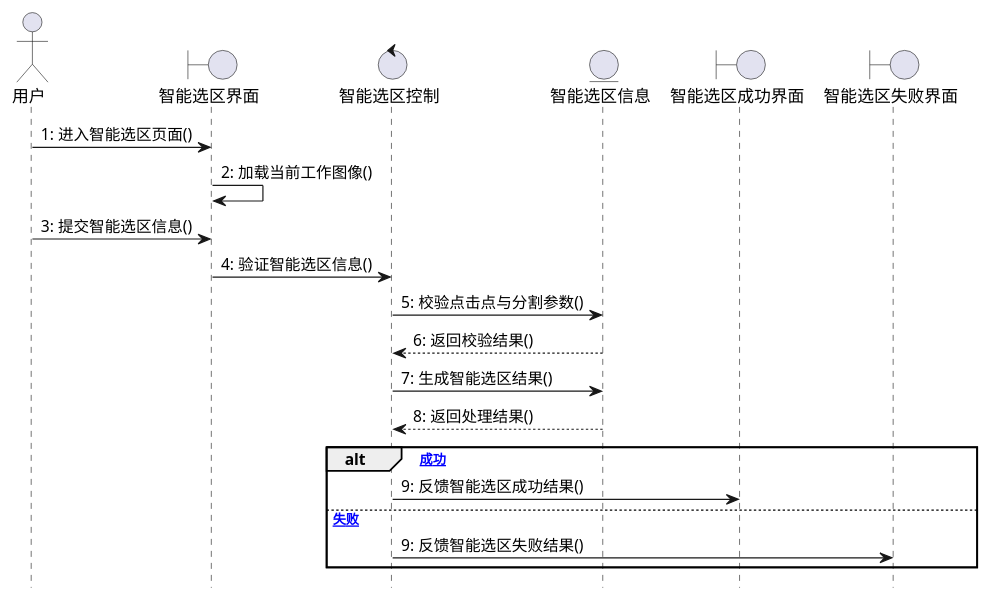
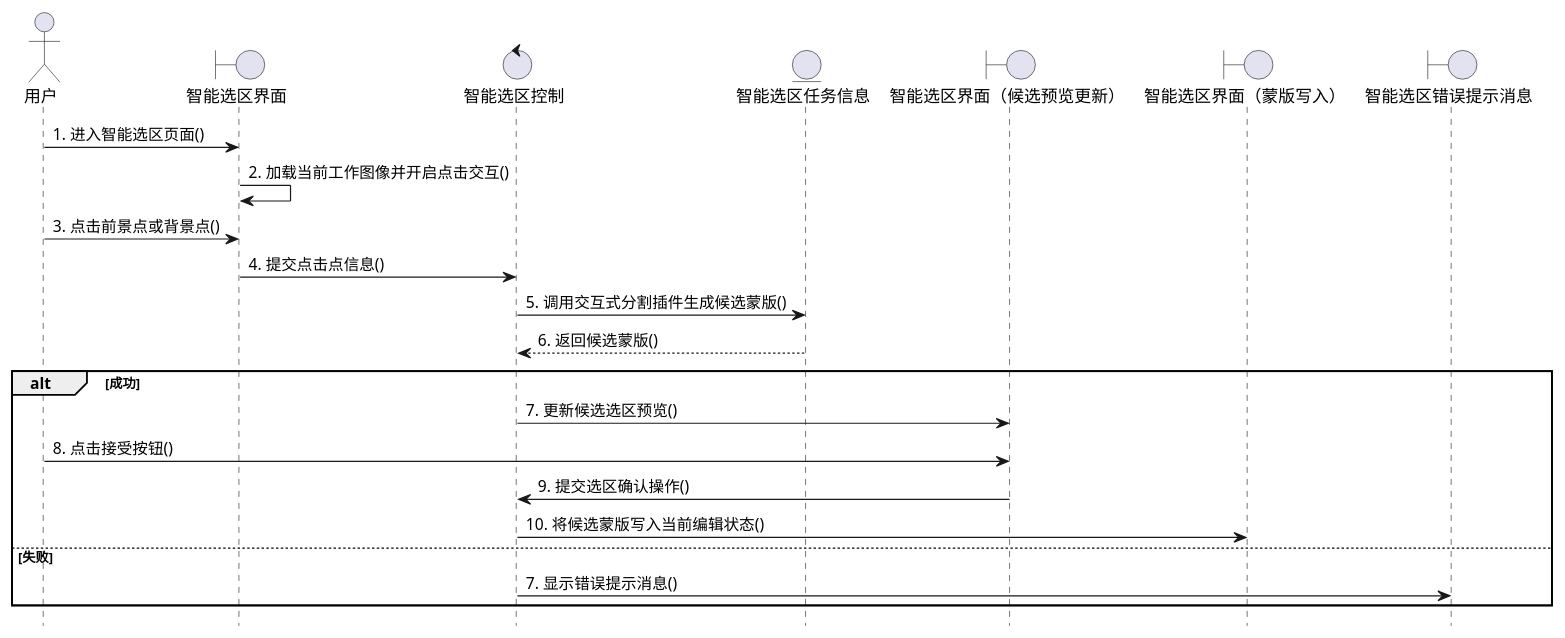
Before and after one commit to LyferLu/Artie: the tenth of 16 diagrams in doc/paper.md, drawn with PlantUML. The commit also changed other lines of this file, not shown here.

````diff
--- a/doc/paper.md
+++ b/doc/paper.md
@@ -936,25 +957,27 @@
 ```plantuml
 @startuml
 hide footbox
 actor 用户
 boundary "智能选区界面" as B8
 control "智能选区控制" as C8
-entity "智能选区信息" as E8
-boundary "智能选区成功界面" as BS8
-boundary "智能选区失败界面" as BF8
+entity "智能选区任务信息" as E8
+boundary "智能选区界面（候选预览更新）" as BP8
+boundary "智能选区界面（蒙版写入）" as BS8
+boundary "智能选区错误提示消息" as BF8
 
-用户 -> B8 : 1: 进入智能选区页面()
-B8 -> B8 : 2: 加载当前工作图像()
-用户 -> B8 : 3: 提交智能选区信息()
-B8 -> C8 : 4: 验证智能选区信息()
-C8 -> E8 : 5: 校验点击点与分割参数()
-E8 --> C8 : 6: 返回校验结果()
-C8 -> E8 : 7: 生成智能选区结果()
-E8 --> C8 : 8: 返回处理结果()
-alt [成功]
-  C8 -> BS8 : 9: 反馈智能选区成功结果()
-else [失败]
-  C8 -> BF8 : 9: 反馈智能选区失败结果()
+用户 -> B8 : 1. 进入智能选区页面()
+B8 -> B8 : 2. 加载当前工作图像并开启点击交互()
+用户 -> B8 : 3. 点击前景点或背景点()
+B8 -> C8 : 4. 提交点击点信息()
+C8 -> E8 : 5. 调用交互式分割插件生成候选蒙版()
+E8 --> C8 : 6. 返回候选蒙版()
+alt 成功
+  C8 -> BP8 : 7. 更新候选选区预览()
+  用户 -> BP8 : 8. 点击接受按钮()
+  BP8 -> C8 : 9. 提交选区确认操作()
+  C8 -> BS8 : 10. 将候选蒙版写入当前编辑状态()
+else 失败
+  C8 -> BF8 : 7. 显示错误提示消息()
 end
 @enduml
 ```
````
